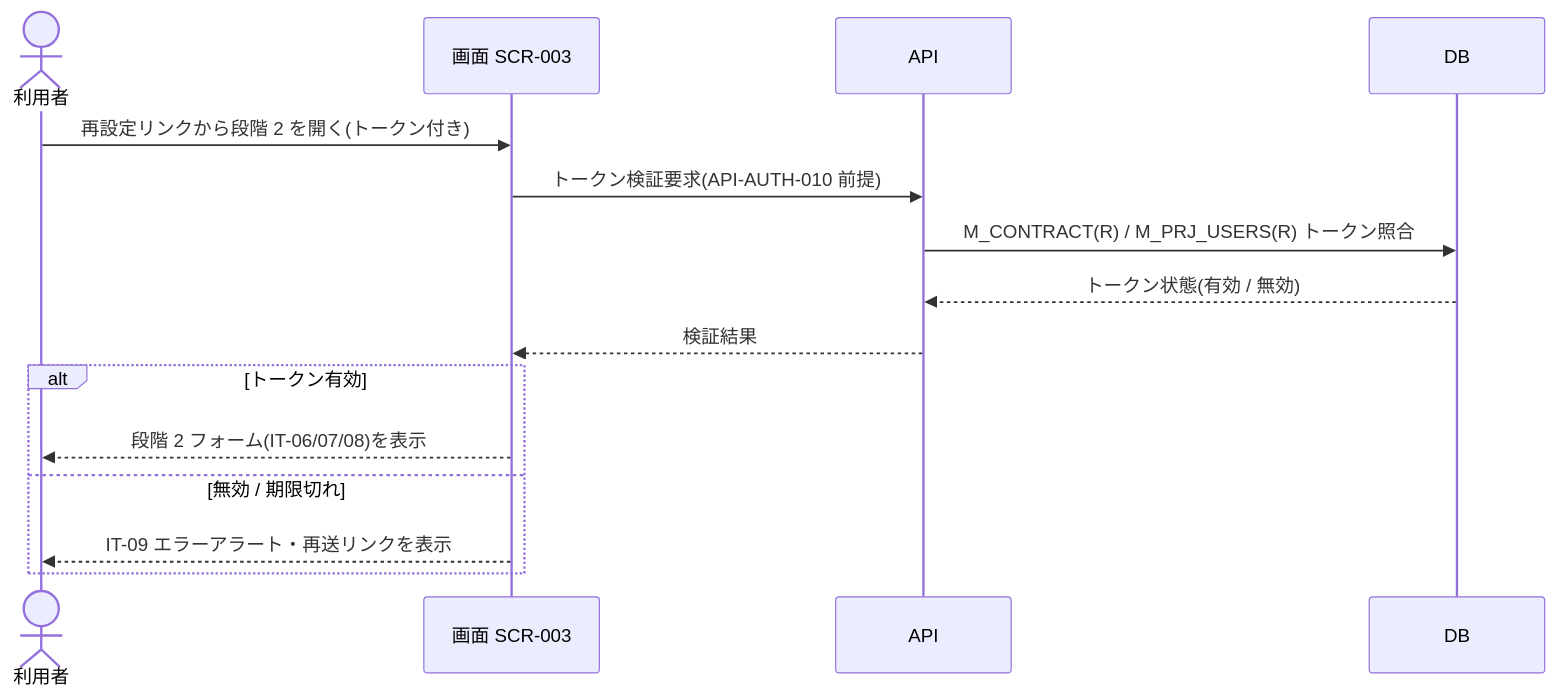
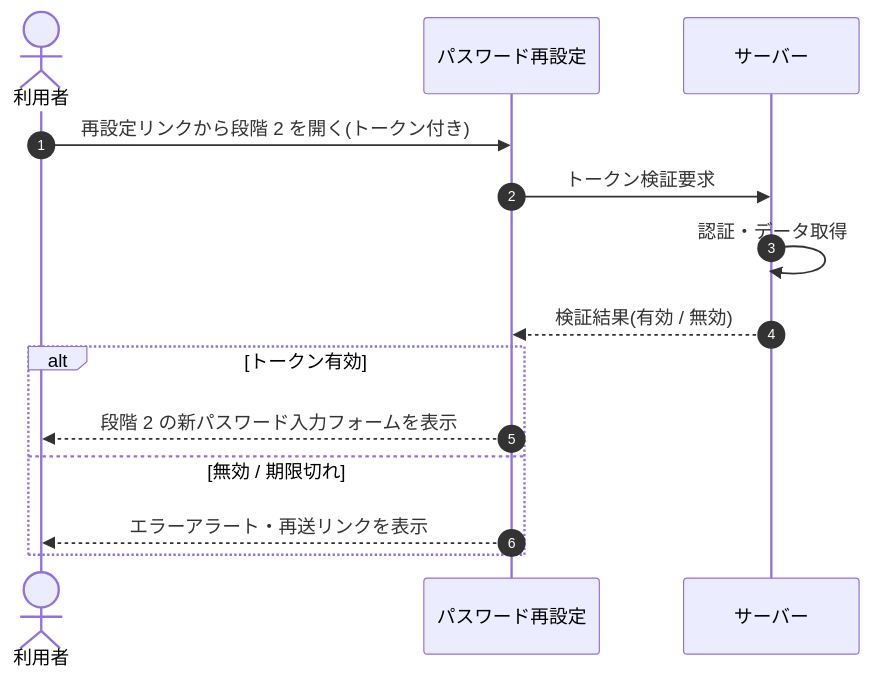
Before and after one commit to sikakou54/open-faq: the diagram in 02_basic_design/05_sequences/SEQ-006.md, drawn with Mermaid. The commit also changed other lines of this file and 108 other files, not shown here.

First line of the commit message:
基本設計: シーケンス図を基本設計粒度(ユーザー/画面/サーバー)へ再編成

````diff
--- a/02_basic_design/05_sequences/SEQ-006.md
+++ b/02_basic_design/05_sequences/SEQ-006.md
@@ -25,17 +32,16 @@
 ```mermaid
 sequenceDiagram
+  autonumber
   actor U as 利用者
-  participant S as 画面 SCR-003
-  participant API as API
-  participant DB as DB
-  U->>S: 再設定リンクから段階 2 を開く(トークン付き)
-  S->>API: トークン検証要求(API-AUTH-010 前提)
-  API->>DB: M_CONTRACT(R) / M_PRJ_USERS(R) トークン照合
-  DB-->>API: トークン状態(有効 / 無効)
-  API-->>S: 検証結果
+  participant Screen as パスワード再設定
+  participant Server as サーバー
+  U->>Screen: 再設定リンクから段階 2 を開く(トークン付き)
+  Screen->>Server: トークン検証要求
+  Server->>Server: 認証・データ取得
+  Server-->>Screen: 検証結果(有効 / 無効)
   alt トークン有効
-    S-->>U: 段階 2 フォーム(IT-06/07/08)を表示
+    Screen-->>U: 段階 2 の新パスワード入力フォームを表示
   else 無効 / 期限切れ
-    S-->>U: IT-09 エラーアラート・再送リンクを表示
+    Screen-->>U: エラーアラート・再送リンクを表示
   end
 ```
````
